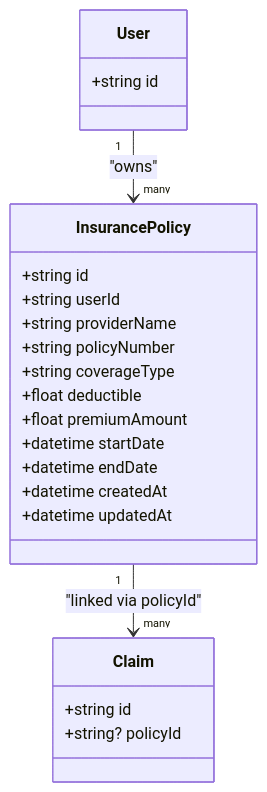
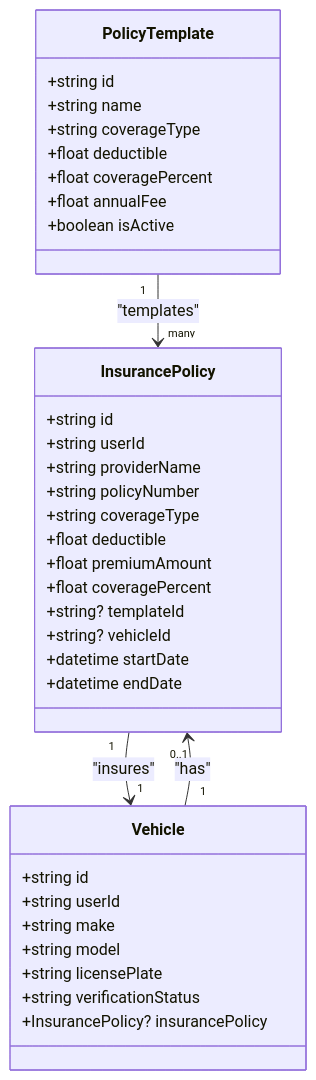
The fourth of 7 diagrams in .qoder/repowiki/en/content/Frontend Documentation/Pages and Views/User Pages/Policy Management Page.md (NaveenHiranya/Smart-Vehicle-Insurance-Claim-System), drawn with Mermaid before and after one commit. The commit also changed other lines of this file and 21 other files, not shown here.

````diff
--- a/.qoder/repowiki/en/content/Frontend Documentation/Pages and Views/User Pages/Policy Management Page.md
+++ b/.qoder/repowiki/en/content/Frontend Documentation/Pages and Views/User Pages/Policy Management Page.md
@@ -187,25 +201,38 @@
 ```mermaid
 classDiagram
+class PolicyTemplate {
++string id
++string name
++string coverageType
++float deductible
++float coveragePercent
++float annualFee
++boolean isActive
+}
 class InsurancePolicy {
 +string id
 +string userId
 +string providerName
 +string policyNumber
 +string coverageType
 +float deductible
 +float premiumAmount
++float coveragePercent
++string? templateId
++string? vehicleId
 +datetime startDate
 +datetime endDate
-+datetime createdAt
-+datetime updatedAt
 }
-class User {
+class Vehicle {
 +string id
++string userId
++string make
++string model
++string licensePlate
++string verificationStatus
++InsurancePolicy? insurancePolicy
 }
-class Claim {
-+string id
-+string? policyId
-}
-User "1" --> "many" InsurancePolicy : "owns"
-InsurancePolicy "1" --> "many" Claim : "linked via policyId"
+PolicyTemplate "1" --> "many" InsurancePolicy : "templates"
+Vehicle "1" --> "0..1" InsurancePolicy : "has"
+InsurancePolicy "1" --> "1" Vehicle : "insures"
 ```
````
